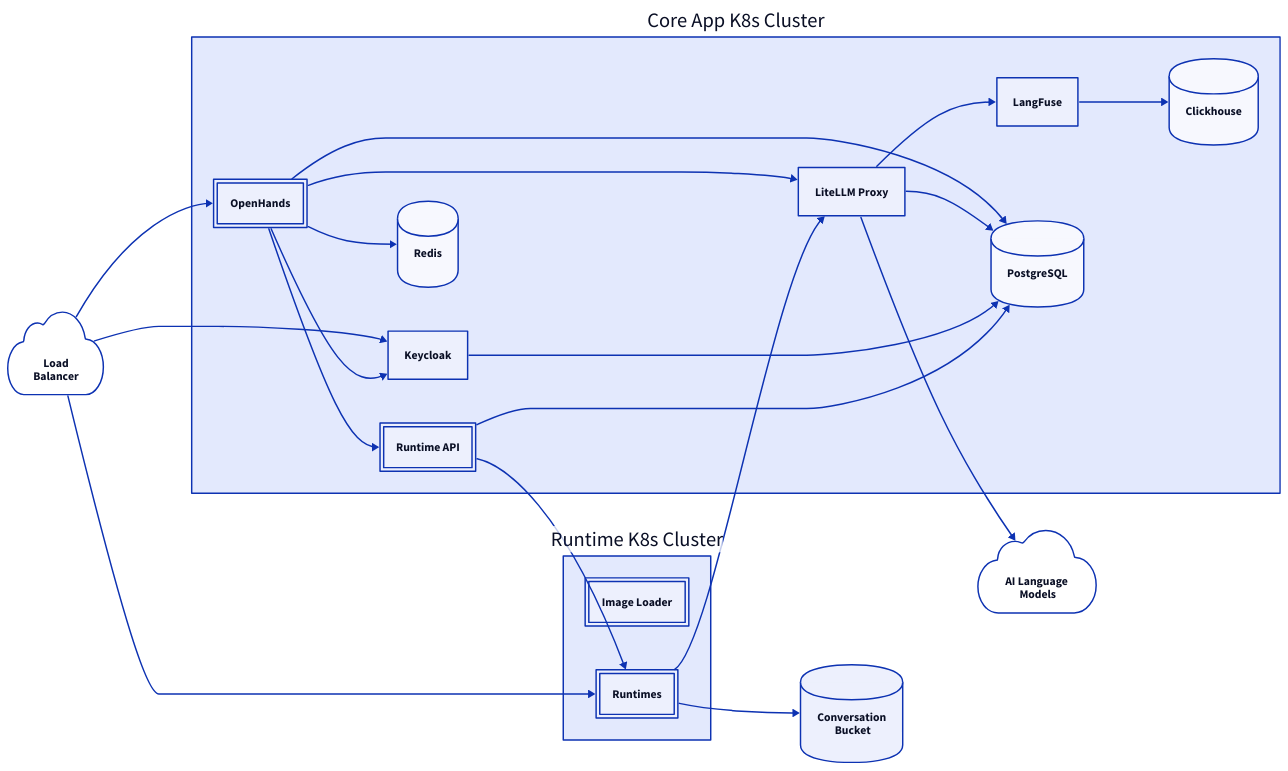
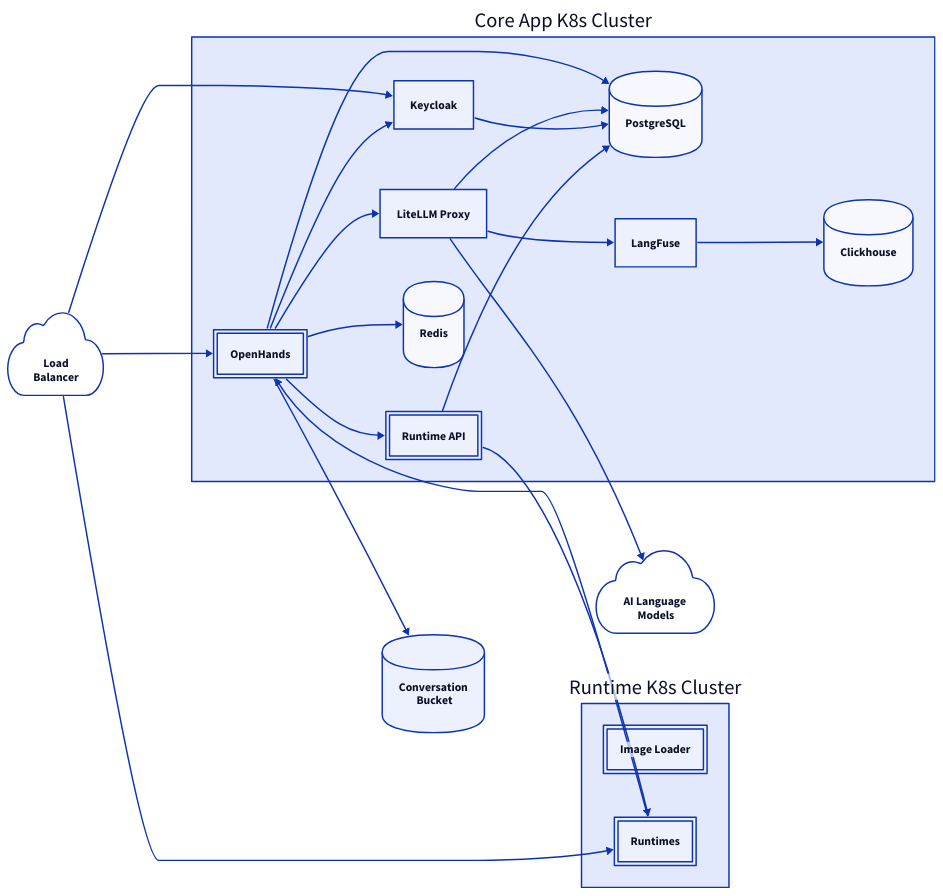
Before and after one commit to All-Hands-AI/OpenHands-Cloud: the diagram in docs/assets/fig1.d2, drawn with D2. The commit also changed 1 other file, not shown here.

```diff
--- a/docs/assets/fig1.d2
+++ b/docs/assets/fig1.d2
@@ -1,73 +1,74 @@
 # Use https://play.d2lang.com to edit with preview (layout engine ELK)
 # To update the SVG, run: (cd docs && ./build-diagrams.sh)
 
 direction: right
 
 classes: {
   all-hands: {
     style: {
       double-border: true
     }
   }
 }
 
 core-app: Core App K8s Cluster {
   openhands: OpenHands {
     class: all-hands
   }
   runtime-api: Runtime API {
     class: all-hands
   }
 
   keycloak: Keycloak
-
+  postgres: PostgreSQL {
+    shape: cylinder
+  }
   langfuse: LangFuse
   litellm: LiteLLM Proxy
   redis: Redis {
     shape: cylinder
   }
   clickhouse: Clickhouse {
     shape: cylinder
   }
-  postgres: PostgreSQL {
-    shape: cylinder
-  }
+  
 }
 
 runtime: Runtime K8s Cluster {
   image-loader: Image Loader {
     class: all-hands
   }
   runtimes: Runtimes {
     class: all-hands
   }
 }
 convo-bucket: Conversation\n Bucket {
   shape: cylinder
 }
 llms: AI Language\n Models {
   shape: cloud
 }
 lb: Load\nBalancer {
   shape: cloud
 }
 
 lb -> runtime.runtimes
 core-app.litellm -> llms
 
 lb -> core-app.openhands
 lb -> core-app.keycloak
 core-app.openhands -> core-app.runtime-api
 core-app.openhands -> core-app.keycloak
 core-app.openhands -> core-app.redis
-runtime.runtimes -> convo-bucket
+core-app.openhands -> convo-bucket
 core-app.runtime-api -> runtime.runtimes
 core-app.litellm -> core-app.langfuse
 core-app.langfuse -> core-app.clickhouse
 core-app.openhands -> core-app.litellm
 
 core-app.openhands -> core-app.postgres
 core-app.litellm -> core-app.postgres
 core-app.keycloak -> core-app.postgres
 core-app.runtime-api -> core-app.postgres
-runtime.runtimes -> core-app.litellm
+
+runtime.runtimes -> core-app.openhands
```
